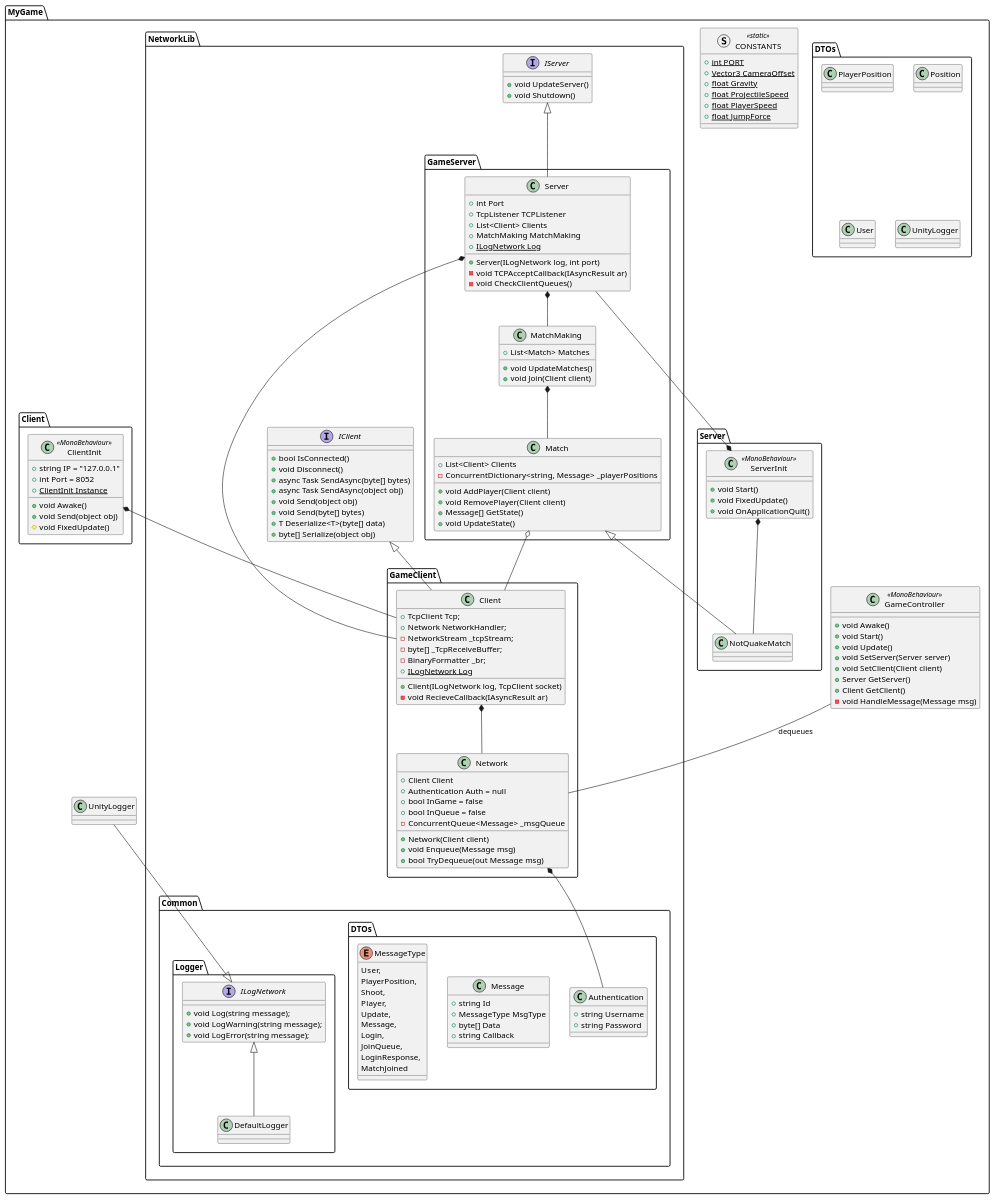
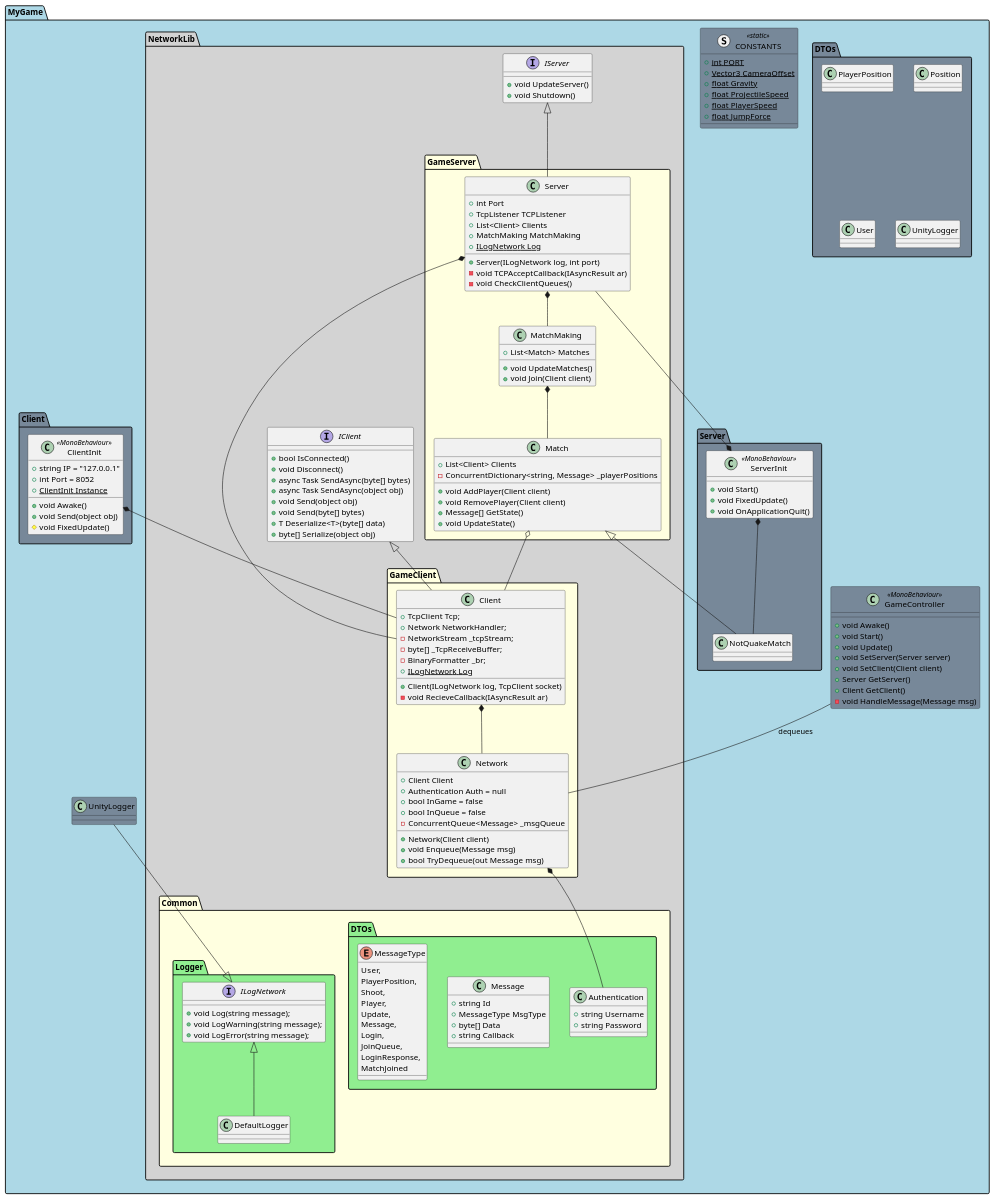
Before and after one commit to mjesper90/Network: the diagram in Assets/Docs/Network.puml, drawn with PlantUML.

Commit message:
Questionable colors

```diff
--- a/Assets/Docs/Network.puml
+++ b/Assets/Docs/Network.puml
@@ -1,180 +1,182 @@
 @startuml
 
 set separator ::
-namespace MyGame{
-    namespace DTOs{
+namespace MyGame #LightBlue{
+    namespace DTOs #LightSlateGray{
         class PlayerPosition{}
         class Position{}
         class User{}
         class UnityLogger{}
     }
-    class GameController <<MonoBehaviour>>{
+    class GameController <<MonoBehaviour>> #LightSlateGray {
         + void Awake()
         + void Start()
         + void Update()
         + void SetServer(Server server)
         + void SetClient(Client client)
         + Server GetServer()
         + Client GetClient()
         - void HandleMessage(Message msg)
     }
 
-    namespace NetworkLib{
-        namespace Common{
-            namespace DTOs{
+    namespace NetworkLib #LightGray{
+        namespace Common #LightYellow{
+            namespace DTOs #LightGreen{
                 class Authentication{
                     + string Username
                     + string Password
                 }
                 class Message{
                     + string Id
                     + MessageType MsgType
                     + byte[] Data
                     + string Callback
                 }
                 enum MessageType{
                     User,
                     PlayerPosition,
                     Shoot,
                     Player,
                     Update,
                     Message,
                     Login,
                     JoinQueue,
                     LoginResponse,
                     MatchJoined
                 }
             }
-            namespace Logger{
+            namespace Logger #LightGreen{
                 interface ILogNetwork{
                     + void Log(string message);
                     + void LogWarning(string message);
                     + void LogError(string message);
                 }
                 class DefaultLogger{
 
                 }
                 DefaultLogger -up-|> ILogNetwork
             }
         }
         interface IClient{
             + bool IsConnected()
             + void Disconnect()
             + async Task SendAsync(byte[] bytes)
             + async Task SendAsync(object obj)
             + void Send(object obj)
             + void Send(byte[] bytes)
             + T Deserialize<T>(byte[] data)
             + byte[] Serialize(object obj)
         }
         interface IServer{
             + void UpdateServer()
             + void Shutdown()
         }
 
-        namespace GameClient{
+        namespace GameClient #LightYellow{
             class Client {
                 + TcpClient Tcp;
                 + Network NetworkHandler;
                 - NetworkStream _tcpStream;
                 - byte[] _TcpReceiveBuffer;
                 - BinaryFormatter _br;
                 + {static} ILogNetwork Log
                 + Client(ILogNetwork log, TcpClient socket)
                 - void RecieveCallback(IAsyncResult ar)
             }
             class Network {
                 + Client Client
                 + Authentication Auth = null
                 + bool InGame = false
                 + bool InQueue = false
                 - ConcurrentQueue<Message> _msgQueue
                 + Network(Client client)
                 + void Enqueue(Message msg)
                 + bool TryDequeue(out Message msg)
             }
         }
-        namespace GameServer{
+        namespace GameServer #LightYellow{
             class Server{
                 + int Port
                 + TcpListener TCPListener
                 + List<Client> Clients
                 + MatchMaking MatchMaking
                 + {static} ILogNetwork Log
                 + Server(ILogNetwork log, int port)
                 - void TCPAcceptCallback(IAsyncResult ar)
                 - void CheckClientQueues()
             }
             class Match{
                 + List<Client> Clients
                 - ConcurrentDictionary<string, Message> _playerPositions
                 + void AddPlayer(Client client)
                 + void RemovePlayer(Client client)
                 + Message[] GetState()
                 + void UpdateState()
             }
             class MatchMaking{
                 + List<Match> Matches
                 + void UpdateMatches()
                 + void Join(Client client)
             }
         }
 
     }
 
-    struct CONSTANTS <<static>> {
+    struct CONSTANTS <<static>> #LightSlateGray {
         + {static} int PORT
         + {static} Vector3 CameraOffset
         + {static} float Gravity
         + {static} float ProjectileSpeed
         + {static} float PlayerSpeed
         + {static} float JumpForce
     }
 
-    namespace Client{
+    namespace Client #LightSlateGray{
         class ClientInit <<MonoBehaviour>>{
             + string IP = "127.0.0.1"
             + int Port = 8052
             + {static} ClientInit Instance
             + void Awake()
             + void Send(object obj)
             # void FixedUpdate()
         }
     }
-    namespace Server{
+    namespace Server #LightSlateGray{
         class ServerInit <<MonoBehaviour>>{
             + void Start()
             + void FixedUpdate()
             + void OnApplicationQuit()
         }
         class NotQuakeMatch{
 
         }
     }
-    class UnityLogger{}
+    class UnityLogger #LightSlateGray {
+
+    }
 
 }
 
 
 MyGame::NetworkLib::GameClient::Client *-- MyGame::NetworkLib::GameClient::Network
 
 MyGame::NetworkLib::GameServer::Server *-- MyGame::NetworkLib::GameServer::MatchMaking
 MyGame::NetworkLib::GameServer::Server *-- MyGame::NetworkLib::GameClient::Client
 MyGame::NetworkLib::GameServer::MatchMaking *-- MyGame::NetworkLib::GameServer::Match
 MyGame::NetworkLib::GameServer::Match o-- MyGame::NetworkLib::GameClient::Client
 MyGame::NetworkLib::IClient <|-- MyGame::NetworkLib::GameClient::Client
 MyGame::NetworkLib::IServer <|-- MyGame::NetworkLib::GameServer::Server
 
 MyGame::NetworkLib::GameClient::Network *-- MyGame::NetworkLib::Common::DTOs::Authentication
 
 MyGame::UnityLogger --|> MyGame::NetworkLib::Common::Logger::ILogNetwork
 
 MyGame::Client::ClientInit *-- MyGame::NetworkLib::GameClient::Client
 MyGame::Server::ServerInit *-- MyGame::NetworkLib::GameServer::Server
 MyGame::Server::NotQuakeMatch -up-|> MyGame::NetworkLib::GameServer::Match
 MyGame::Server::ServerInit *-- MyGame::Server::NotQuakeMatch
 
 MyGame::GameController -- MyGame::NetworkLib::GameClient::Network : "dequeues"
 
 
 @enduml
```
